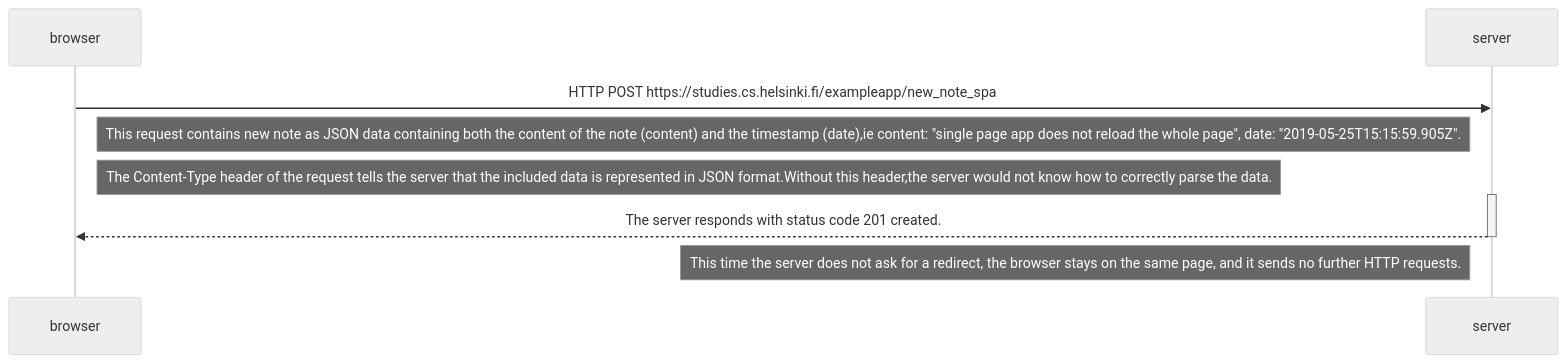
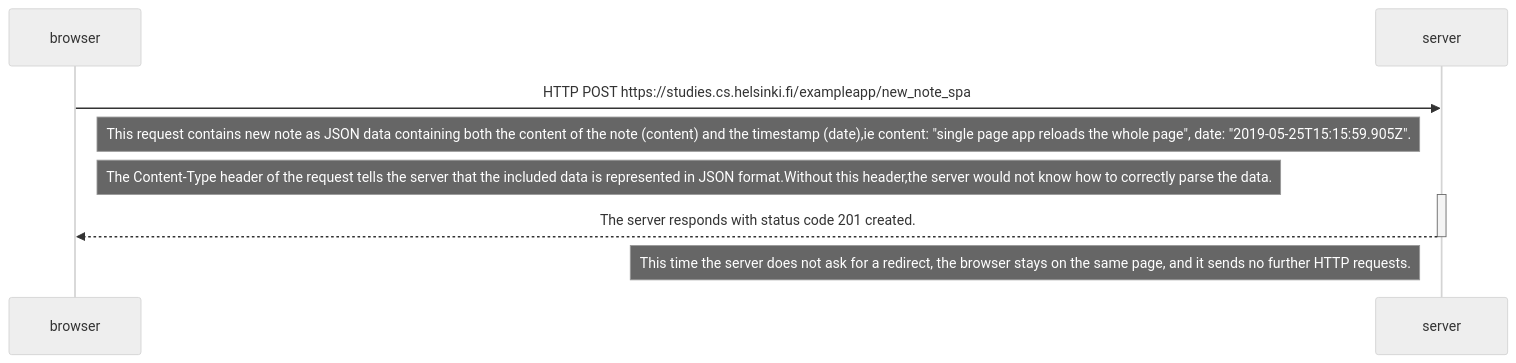
Before and after one commit to devKole/fullstackopen: the diagram in Part0/exercise06-spa.md, drawn with Mermaid (neutral theme).

````diff
--- a/Part0/exercise06-spa.md
+++ b/Part0/exercise06-spa.md
@@ -2,14 +2,14 @@
 ```mermaid
 sequenceDiagram
     participant browser
     participant server
     
     browser->>server: HTTP POST https://studies.cs.helsinki.fi/exampleapp/new_note_spa
-    Note right of browser: This request contains new note as JSON data containing both the content of the note (content) and the timestamp (date),ie   content: "single       page app does not reload the whole page", date: "2019-05-25T15:15:59.905Z".
+    Note right of browser: This request contains new note as JSON data containing both the content of the note (content) and the timestamp (date),ie   content: "single       page app reloads the whole page", date: "2019-05-25T15:15:59.905Z".
     Note right of browser:The Content-Type header of the request tells the server that the included data is represented in JSON format.Without this header,the server would not know how to correctly parse the data.
     
     activate server
     server-->>browser:The server responds with status code 201 created.
     deactivate server 
     Note left of server: This time the server does not ask for a redirect, the browser stays on the same page, and it sends no further HTTP requests.
 ```
````
